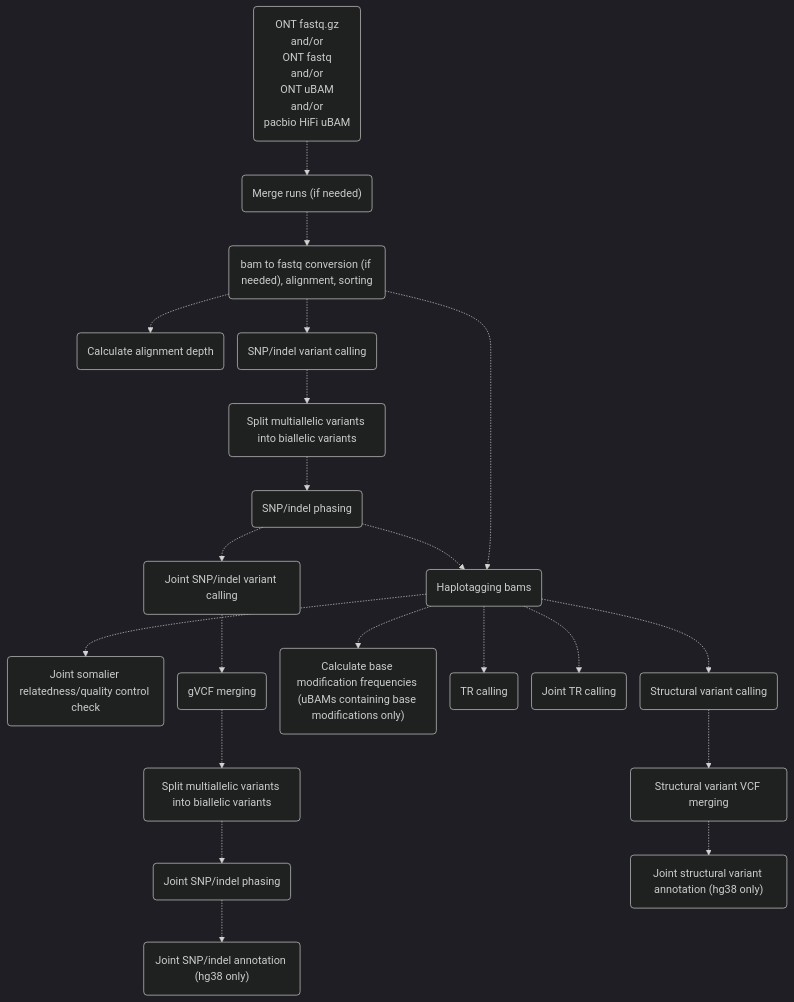
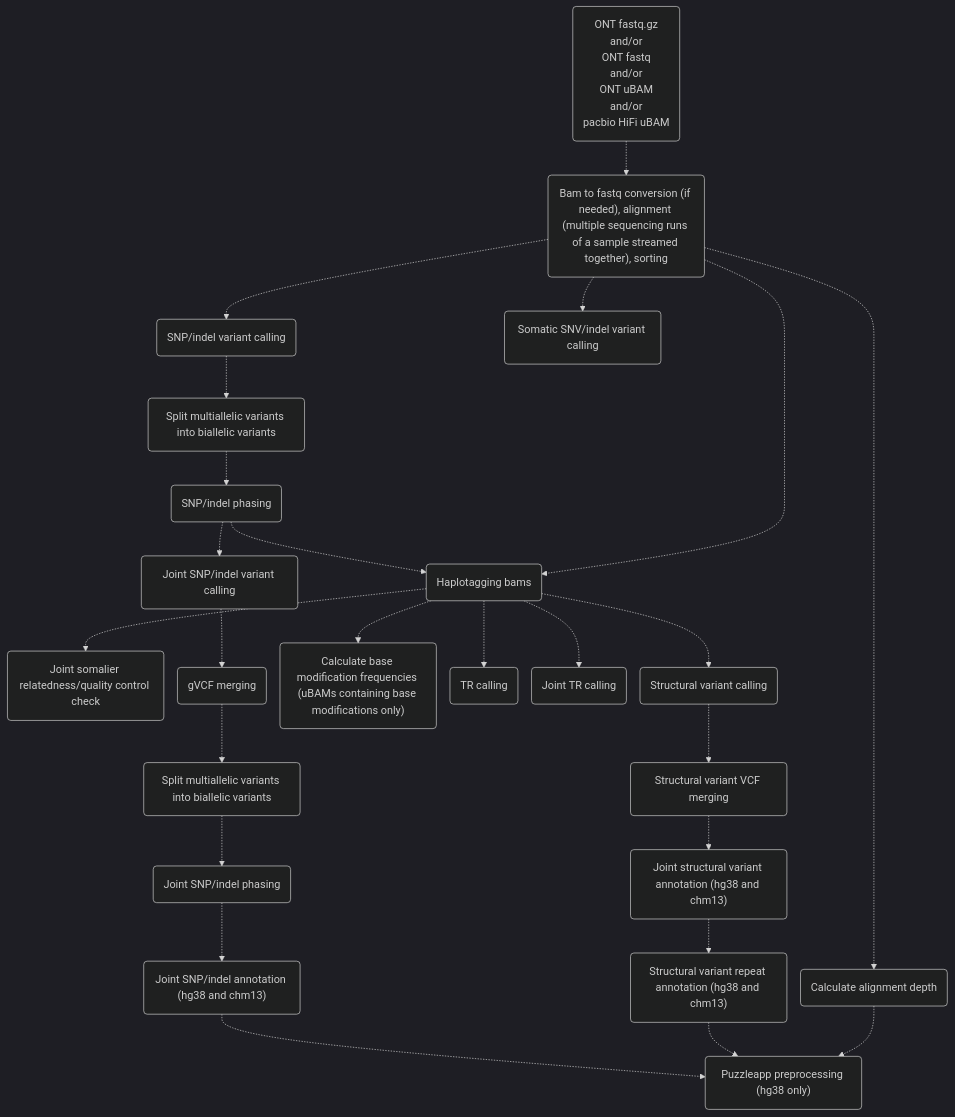
One commit to leahkemp/pipeface changed the third of 3 diagrams in docs/pipeface/info.md. Above: the diagram before and after it, drawn with Mermaid. The commit also changed other lines of this file and 22 other files, not shown here.

````diff
--- a/docs/pipeface/info.md
+++ b/docs/pipeface/info.md
@@ -77,36 +85,40 @@
 ```mermaid
 %%{init:{'theme':'dark','themeVariables':{'fontSize':'11'},'flowchart':{'nodeSpacing':20}}}%%
 flowchart TB
 
 input_data("ONT fastq.gz <br> and/or <br> ONT fastq <br> and/or <br> ONT uBAM <br> and/or <br> pacbio HiFi uBAM")
-merging("Merge runs (if needed)")
-alignment("bam to fastq conversion (if needed), alignment, sorting")
+alignment("Bam to fastq conversion (if needed), alignment (multiple sequencing runs of a sample streamed together), sorting")
 depth("Calculate alignment depth")
 snp_indel_calling("SNP/indel variant calling")
+somatic_calling("Somatic SNV/indel variant calling")
 split_multiallele("Split multiallelic variants into biallelic variants")
 snp_indel_phasing("SNP/indel phasing")
 joint_snp_indel_calling("Joint SNP/indel variant calling")
 joint_somalier("Joint somalier relatedness/quality control check")
 gvcf_merging("gVCF merging")
 joint_split_multiallele("Split multiallelic variants into biallelic variants")
 joint_snp_indel_phasing("Joint SNP/indel phasing")
-joint_snp_indel_annotation("Joint SNP/indel annotation (hg38 only)")
+joint_snp_indel_annotation("Joint SNP/indel annotation (hg38 and chm13)")
 haplotagging("Haplotagging bams")
 calculate_base_mod_freqs("Calculate base modification frequencies (uBAMs containing base modifications only)")
 tr_calling("TR calling")
 joint_tr_calling("Joint TR calling")
 sv_calling("Structural variant calling")
 sv_vcf_merging("Structural variant VCF merging")
-joint_sv_annotation("Joint structural variant annotation (hg38 only)")
+joint_sv_annotation("Joint structural variant annotation (hg38 and chm13)")
+sv_repeat_annotation("Structural variant repeat annotation (hg38 and chm13)")
+puzzleapp_preprocessing("Puzzleapp preprocessing (hg38 only)")
 
-input_data-.->merging-.->alignment-.->snp_indel_calling-.->split_multiallele-.->snp_indel_phasing-.->haplotagging-.->sv_calling
+input_data-.->alignment-.->snp_indel_calling-.->split_multiallele-.->snp_indel_phasing-.->haplotagging-.->sv_calling
 alignment-.->depth
+alignment-.->somatic_calling
 alignment-.->haplotagging
 haplotagging-.->calculate_base_mod_freqs
 haplotagging-.->tr_calling
 haplotagging-.->joint_tr_calling
 haplotagging-.->joint_somalier
-snp_indel_phasing-.->joint_snp_indel_calling-.->gvcf_merging-.->joint_split_multiallele-.->joint_snp_indel_phasing-.->joint_snp_indel_annotation
-sv_calling-.->sv_vcf_merging-.->joint_sv_annotation
+snp_indel_phasing-.->joint_snp_indel_calling-.->gvcf_merging-.->joint_split_multiallele-.->joint_snp_indel_phasing-.->joint_snp_indel_annotation-.->puzzleapp_preprocessing
+sv_calling-.->sv_vcf_merging-.->joint_sv_annotation-.->sv_repeat_annotation-.->puzzleapp_preprocessing
+depth-.->puzzleapp_preprocessing
 
 ```
````
